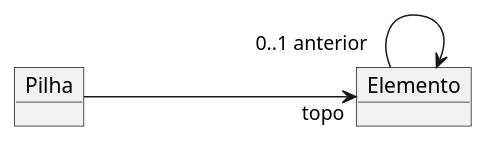
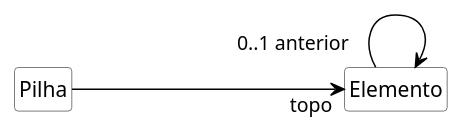
The diagram in imagens/modelos-04/mod04ima06/mod04ima06.plantuml (kyriosdata/oo), drawn with PlantUML before and after one commit. The commit also changed 26 other files, not shown here.

```diff
--- a/imagens/modelos-04/mod04ima06/mod04ima06.plantuml
+++ b/imagens/modelos-04/mod04ima06/mod04ima06.plantuml
@@ -1,8 +1,17 @@
 @startuml mod04ima06
-object "Pilha" as pi 
-object "Elemento" as el 
+hide circle
+hide methods
+hide empty members
+
+skinparam class {
+    BackgroundColor White
+    ArrowColor Black
+    BorderColor #505050
+}
+class "Pilha" as pi 
+class "Elemento" as el 
 
 left to right direction
 pi ----> "topo" el  
 el "0..1 anterior"--> el
 @enduml
```
